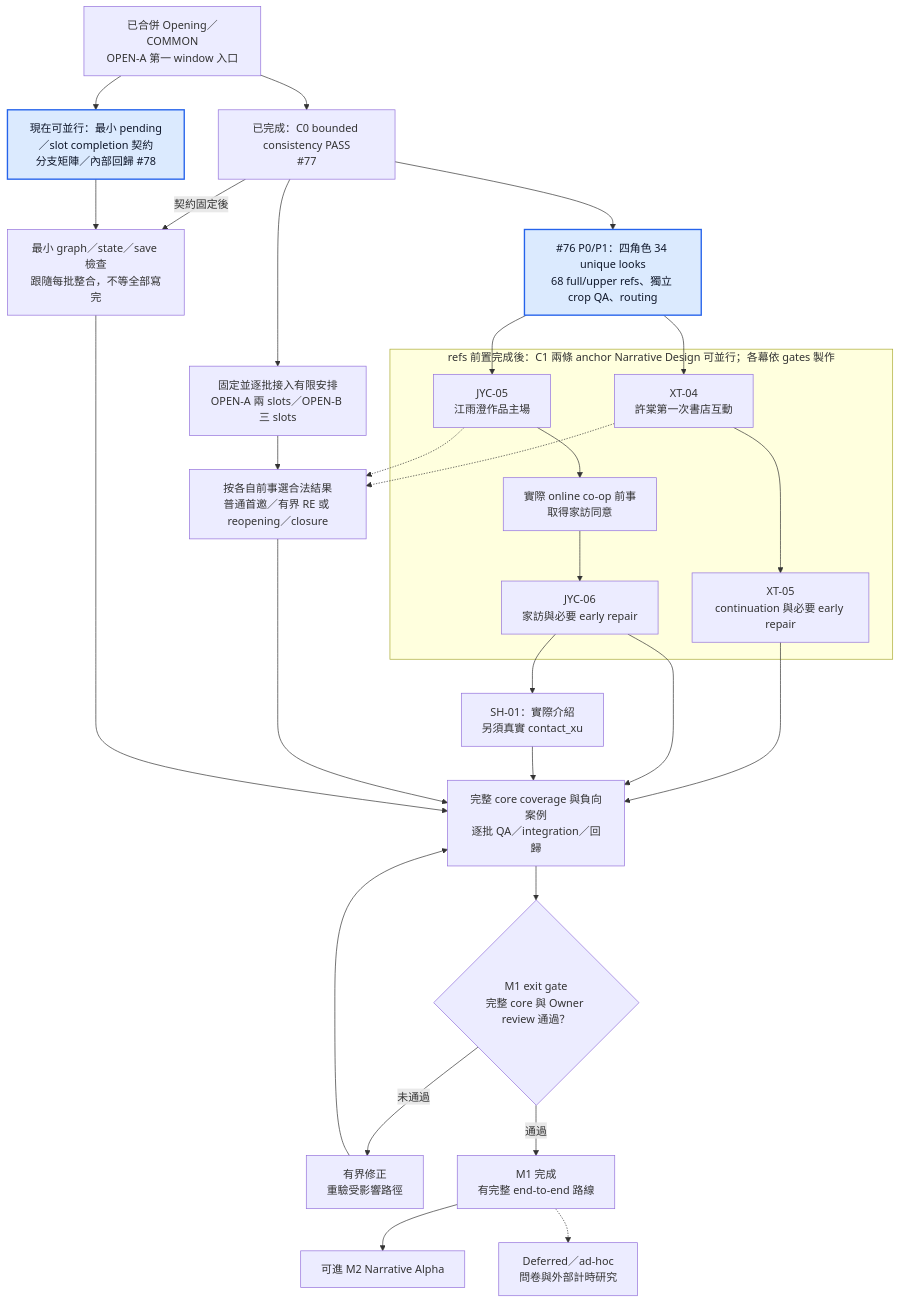
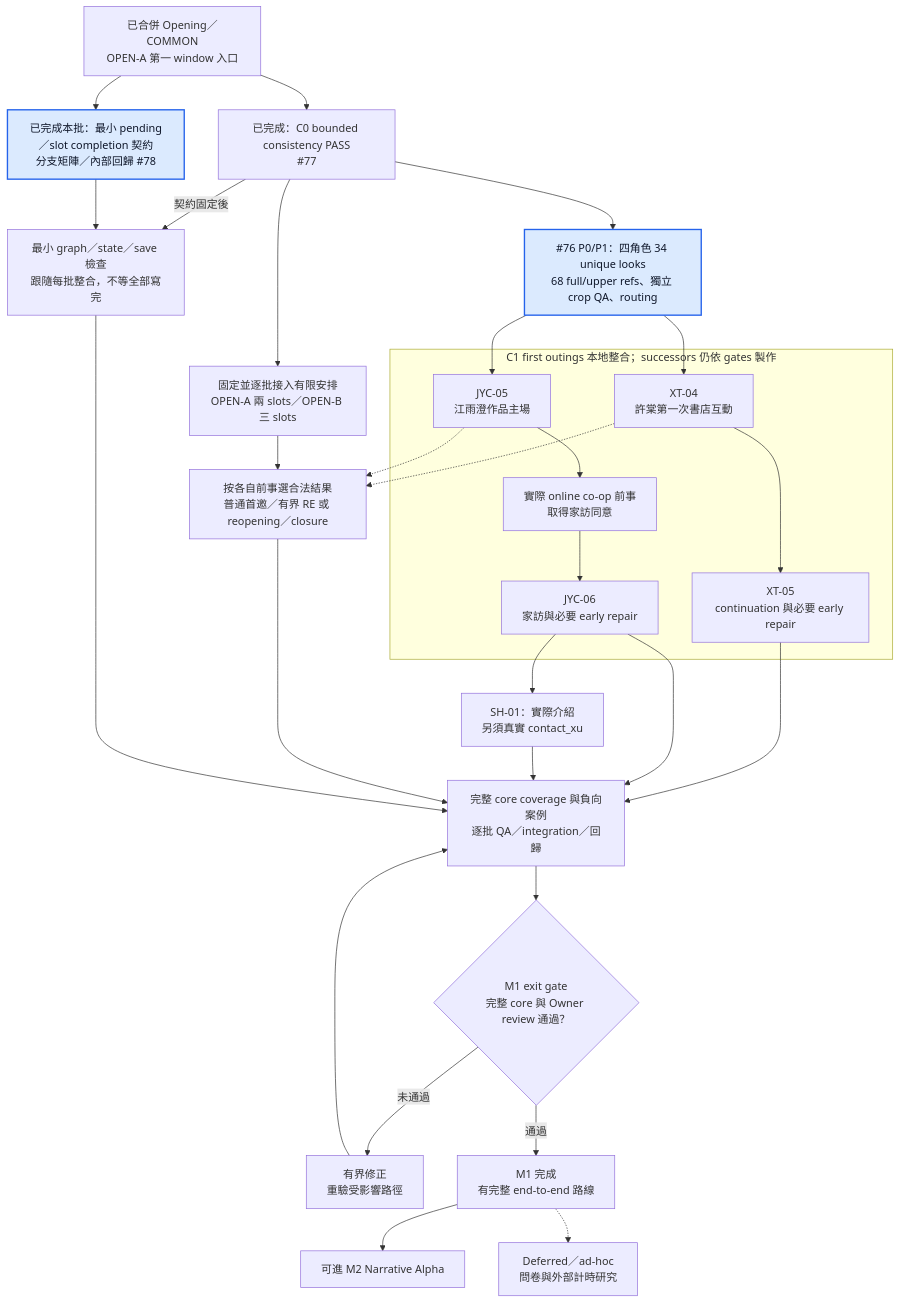
One commit to TsungmingLiu/seventeen-floor-neighbor changed the second of 4 diagrams in ROADMAP.md. Above: the diagram before and after it, drawn with Mermaid. The commit also changed other lines of this file and 13 other files, not shown here.

Commit message:
Integrate approved C1 first outings with protected replay and finite completion

````diff
--- a/ROADMAP.md
+++ b/ROADMAP.md
@@ -468,38 +468,38 @@
 ```mermaid
 flowchart TD
     BASE["已合併 Opening／COMMON<br/>OPEN-A 第一 window 入口"] --> C0["已完成：C0 bounded consistency PASS<br/>#77"]
-    BASE --> PREP["現在可並行：最小 pending／slot completion 契約<br/>分支矩陣／內部回歸 #78"]
+    BASE --> PREP["已完成本批：最小 pending／slot completion 契約<br/>分支矩陣／內部回歸 #78"]
 
-    subgraph AUTHOR["refs 前置完成後：C1 兩條 anchor Narrative Design 可並行；各幕依 gates 製作"]
+    subgraph AUTHOR["C1 first outings 本地整合；successors 仍依 gates 製作"]
         X4["XT-04<br/>許棠第一次書店互動"] --> X5["XT-05<br/>continuation 與必要 early repair"]
         J5["JYC-05<br/>江雨澄作品主場"] --> COOP["實際 online co-op 前事<br/>取得家訪同意"]
         COOP --> J6["JYC-06<br/>家訪與必要 early repair"]
     end
 
     C0 --> REFSREADY["#76 P0/P1：四角色 34 unique looks<br/>68 full/upper refs、獨立 crop QA、routing"]
     REFSREADY --> X4
     REFSREADY --> J5
     C0 --> SLOTS["固定並逐批接入有限安排<br/>OPEN-A 兩 slots／OPEN-B 三 slots"]
     J6 --> SH["SH-01：實際介紹<br/>另須真實 contact_xu"]
     SLOTS --> RETURN["按各自前事選合法結果<br/>普通首邀／有界 RE 或 reopening／closure"]
     X4 -.-> RETURN
     J5 -.-> RETURN
 
     C0 -->|"契約固定後"| CHECKS["最小 graph／state／save 檢查<br/>跟隨每批整合，不等全部寫完"]
     PREP --> CHECKS
     X5 --> INTERNAL["完整 core coverage 與負向案例<br/>逐批 QA／integration／回歸"]
     J6 --> INTERNAL
     SH --> INTERNAL
     RETURN --> INTERNAL
     CHECKS --> INTERNAL
 
     INTERNAL --> GATE{"M1 exit gate<br/>完整 core 與 Owner review 通過？"}
     GATE -->|"未通過"| FIX["有界修正<br/>重驗受影響路徑"]
     FIX --> INTERNAL
     GATE -->|"通過"| DONE["M1 完成<br/>有完整 end-to-end 路線"]
     DONE --> NEXT["可進 M2 Narrative Alpha"]
     DONE -.-> RESEARCH["Deferred／ad-hoc<br/>問卷與外部計時研究"]
 
     classDef now fill:#dbeafe,stroke:#2563eb,stroke-width:2px,color:#0f172a;
     class REFSREADY,PREP now;
 ```
````
